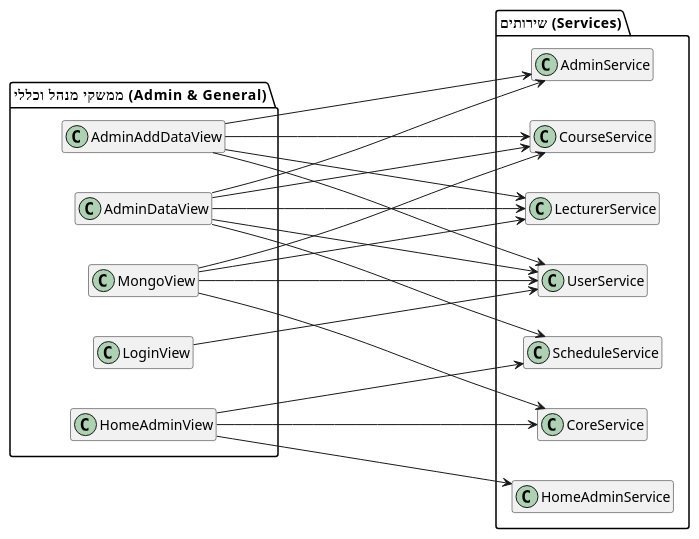
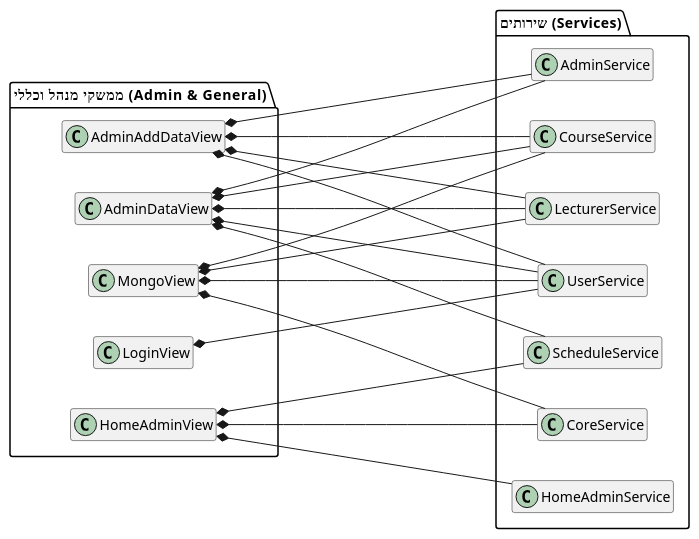
One commit to kfiryaakobov/academic-system changed the diagram in BOOK/uml-diagrams/UMLDiagramForSystem/Diagram3-AdminUI.puml. Above: the diagram before and after it, drawn with PlantUML. The commit also changed 7 other files, not shown here.

Commit message:
26/5/2026 14:30- Update book and UML's the Proj Done

```diff
--- a/BOOK/uml-diagrams/UMLDiagramForSystem/Diagram3-AdminUI.puml
+++ b/BOOK/uml-diagrams/UMLDiagramForSystem/Diagram3-AdminUI.puml
@@ -1,48 +1,48 @@
 @startuml
 left to right direction
 skinparam classAttributeIconSize 0
 skinparam ranksep 250
 skinparam nodesep 40
 hide members
 
 package "ממשקי מנהל וכללי (Admin & General)" {
     class AdminAddDataView
     class AdminDataView
     class HomeAdminView
     class LoginView
     class MongoView
 }
 
 package "שירותים (Services)" {
     class AdminService
     class CoreService
     class CourseService
     class HomeAdminService
     class LecturerService
     class ScheduleService
     class UserService
 }
 
 ' --- הזרקת שירותים ---
-AdminAddDataView --> UserService
-AdminAddDataView --> CourseService
-AdminAddDataView --> LecturerService
-AdminAddDataView --> AdminService
+AdminAddDataView *-- UserService
+AdminAddDataView *-- CourseService
+AdminAddDataView *-- LecturerService
+AdminAddDataView *-- AdminService
 
-AdminDataView --> UserService
-AdminDataView --> CourseService
-AdminDataView --> LecturerService
-AdminDataView --> AdminService
-AdminDataView --> ScheduleService
+AdminDataView *-- UserService
+AdminDataView *-- CourseService
+AdminDataView *-- LecturerService
+AdminDataView *-- AdminService
+AdminDataView *-- ScheduleService
 
-HomeAdminView --> CoreService
-HomeAdminView --> HomeAdminService
-HomeAdminView --> ScheduleService
+HomeAdminView *-- CoreService
+HomeAdminView *-- HomeAdminService
+HomeAdminView *-- ScheduleService
 
-LoginView --> UserService
+LoginView *-- UserService
 
-MongoView --> UserService
-MongoView --> CoreService
-MongoView --> CourseService
-MongoView --> LecturerService
+MongoView *-- UserService
+MongoView *-- CoreService
+MongoView *-- CourseService
+MongoView *-- LecturerService
 @enduml
```
